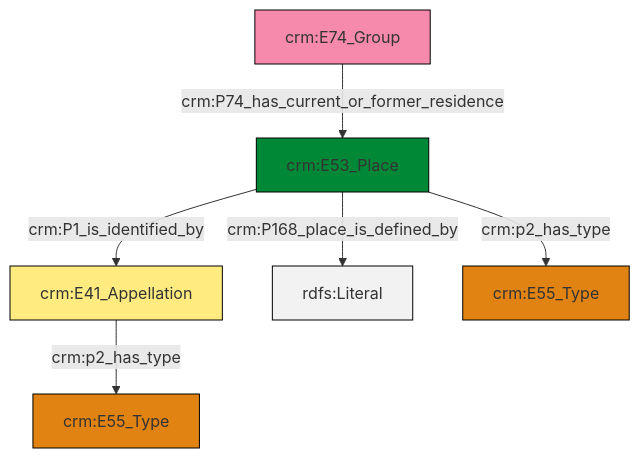
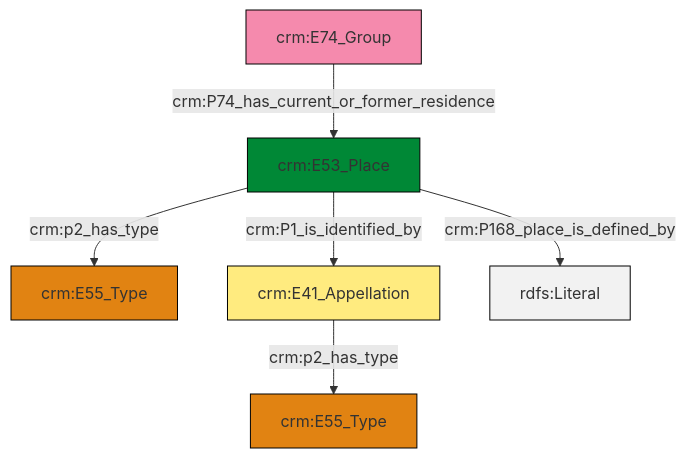
One commit to swiss-art-research-net/docs.swissartresearch changed the diagram in et/groupCSV/ttl/mmd/group_location.ttl.mmd. Above: the diagram before and after it, drawn with Mermaid. The commit also changed 131 other files, not shown here.

```diff
--- a/et/groupCSV/ttl/mmd/group_location.ttl.mmd
+++ b/et/groupCSV/ttl/mmd/group_location.ttl.mmd
@@ -1,20 +1,20 @@
 graph TD
 classDef Literal fill:#f2f2f2,stroke:#000000;
 classDef CRM_Entity fill:#FFFFFF,stroke:#000000;
 classDef Temporal_Entity fill:#00C9E6, stroke:#000000;
 classDef Type fill:#E18312, stroke:#000000;
 classDef Time-Span fill:#2C9C91, stroke:#000000;
 classDef Appellation fill:#FFEB7F, stroke:#000000;
 classDef Place fill:#008836, stroke:#000000;
 classDef Persistent_Item fill:#B266B2, stroke:#000000;
 classDef Conceptual_Object fill:#FFD700, stroke:#000000;
 classDef Physical_Thing fill:#D2B48C, stroke:#000000;
 classDef Actor fill:#f58aad, stroke:#000000;
 classDef PC_Classes fill:#4ce600, stroke:#000000;
 classDef Multi fill:#cccccc,stroke:#000000;
 
-2["crm:E74_Group"]:::Actor -->|crm:P74_has_current_or_former_residence| 3["crm:E53_Place"]:::Place
-3["crm:E53_Place"]:::Place -->|crm:P1_is_identified_by| 0["crm:E41_Appellation"]:::Appellation
-3["crm:E53_Place"]:::Place -->|crm:P168_place_is_defined_by| 8[rdfs:Literal]:::Literal
-3["crm:E53_Place"]:::Place -->|crm:p2_has_type| 9["crm:E55_Type"]:::Type
-0["crm:E41_Appellation"]:::Appellation -->|crm:p2_has_type| 6["crm:E55_Type"]:::Type
+0["crm:E53_Place"]:::Place -->|crm:p2_has_type| 1["crm:E55_Type"]:::Type
+2["crm:E41_Appellation"]:::Appellation -->|crm:p2_has_type| 3["crm:E55_Type"]:::Type
+0["crm:E53_Place"]:::Place -->|crm:P1_is_identified_by| 2["crm:E41_Appellation"]:::Appellation
+0["crm:E53_Place"]:::Place -->|crm:P168_place_is_defined_by| 5[rdfs:Literal]:::Literal
+8["crm:E74_Group"]:::Actor -->|crm:P74_has_current_or_former_residence| 0["crm:E53_Place"]:::Place
```
